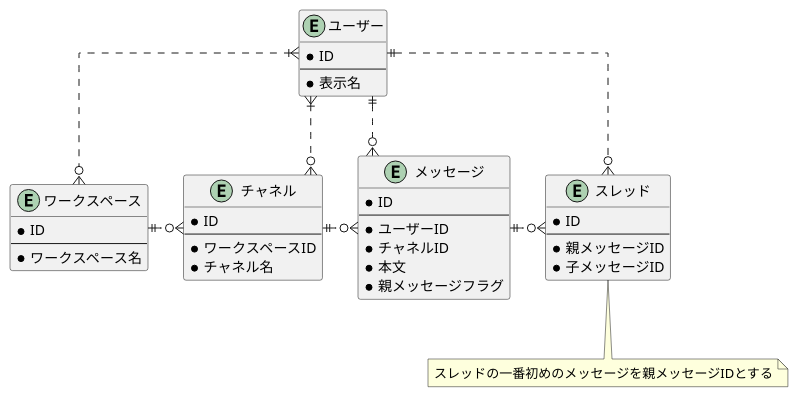
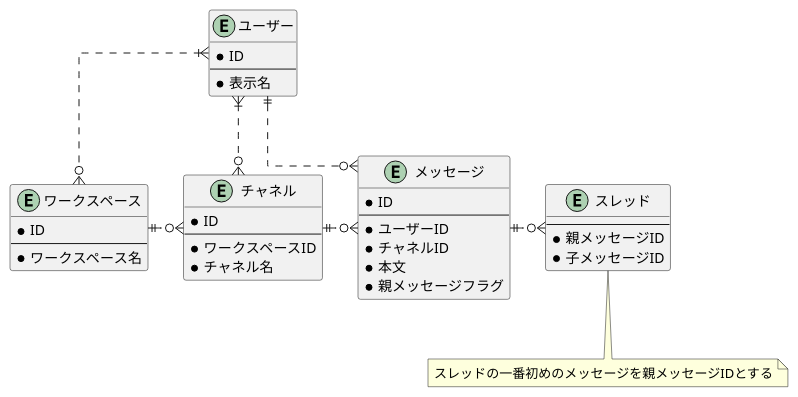
One commit to yudai64/PrAha-Challenge changed the diagram in DB/02/ER.puml. Above: the diagram before and after it, drawn with PlantUML. The commit also changed 1 other file, not shown here.

```diff
--- a/DB/02/ER.puml
+++ b/DB/02/ER.puml
@@ -1,55 +1,53 @@
 @startuml
 
 ' hide the spot
 ' hide circle
 
 ' avoid problems with angled crows feet
 skinparam linetype ortho
 
 entity "ワークスペース" {
     *ID
     --
     *ワークスペース名
 }
 
 entity "チャネル" {
     *ID
     --
     *ワークスペースID
     *チャネル名
 }
 
 entity "メッセージ" {
     *ID
     --
     *ユーザーID
     *チャネルID
     *本文
     *親メッセージフラグ
 }
 
 entity "スレッド" {
-    *ID
     --
     *親メッセージID
     *子メッセージID
 }
 
 
 entity "ユーザー" {
     *ID
     --
     *表示名
 }
 
 ワークスペース ||.r.o{ チャネル
 チャネル ||.r.o{ メッセージ
 メッセージ ||.r.o{ スレッド
 ユーザー }|.d.o{ ワークスペース
 ユーザー }|.d.o{ チャネル
-ユーザー ||.d.o{ スレッド
 ユーザー ||.d.o{ メッセージ
 
 note bottom of スレッド : スレッドの一番初めのメッセージを親メッセージIDとする
 
 @enduml
```
